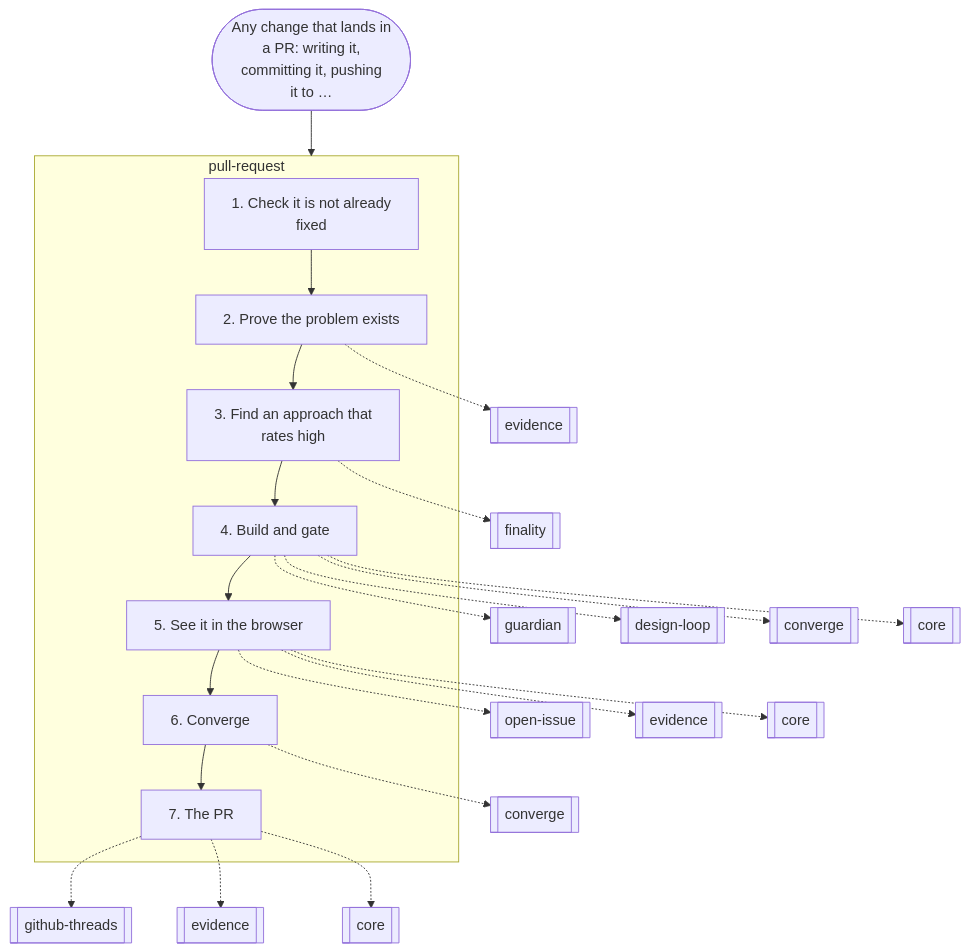
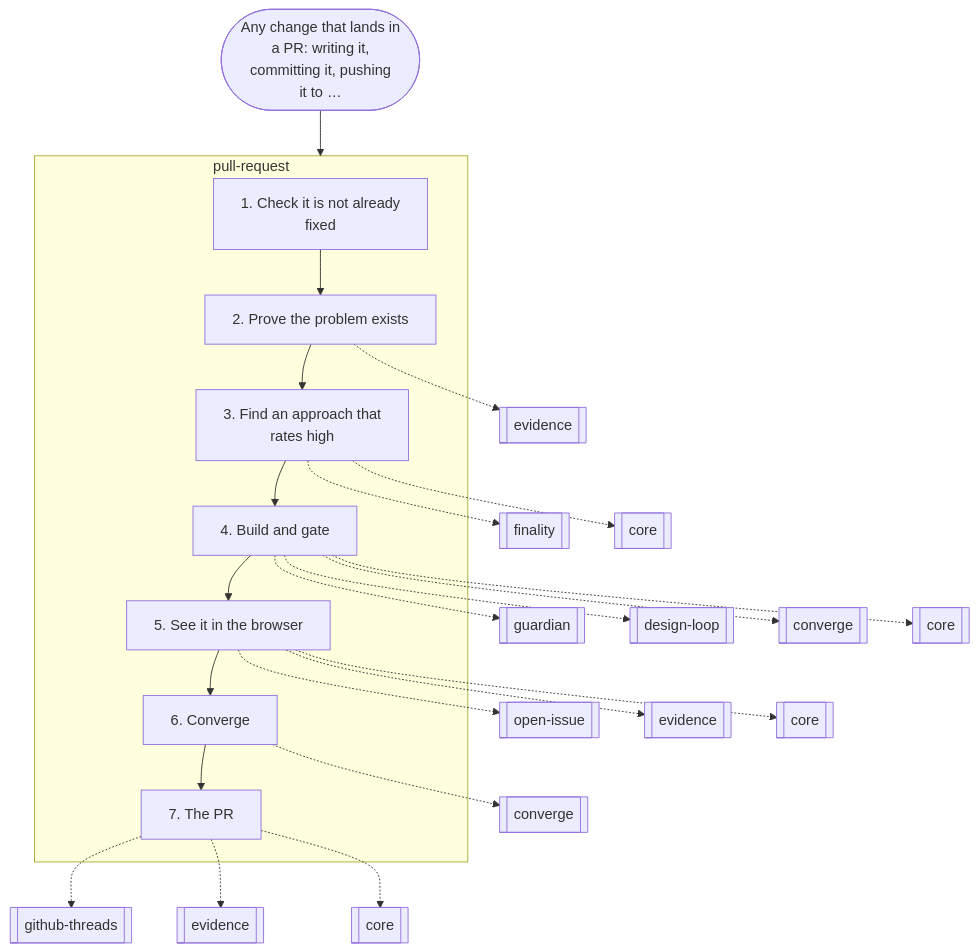
Before and after one commit to nitedani/mergeworthy: the sixth of 16 diagrams in docs/graphs.md, drawn with Mermaid. The commit also changed other lines of this file and 3 other files, not shown here.

````diff
--- a/docs/graphs.md
+++ b/docs/graphs.md
@@ -176,33 +176,34 @@
 ```mermaid
 flowchart TB
   start(["Any change that lands in<br/>a PR: writing it,<br/>committing it, pushing<br/>it to …"])
   subgraph g0["pull-request"]
     s0["1. Check it is not already<br/>fixed"]
     s1["2. Prove the problem exists"]
     s0 --> s1
     s2["3. Find an approach that<br/>rates high"]
     s1 --> s2
     s3["4. Build and gate"]
     s2 --> s3
     s4["5. See it in the browser"]
     s3 --> s4
     s5["6. Converge"]
     s4 --> s5
     s6["7. The PR"]
     s5 --> s6
   end
   s1 -.-> r1[["evidence"]]
   s2 -.-> r2[["finality"]]
-  s3 -.-> r3[["guardian"]]
-  s3 -.-> r4[["design-loop"]]
-  s3 -.-> r5[["converge"]]
-  s3 -.-> r6[["core"]]
-  s4 -.-> r7[["open-issue"]]
-  s4 -.-> r8[["evidence"]]
-  s4 -.-> r9[["core"]]
-  s5 -.-> r10[["converge"]]
-  s6 -.-> r11[["github-threads"]]
-  s6 -.-> r12[["evidence"]]
-  s6 -.-> r13[["core"]]
+  s2 -.-> r3[["core"]]
+  s3 -.-> r4[["guardian"]]
+  s3 -.-> r5[["design-loop"]]
+  s3 -.-> r6[["converge"]]
+  s3 -.-> r7[["core"]]
+  s4 -.-> r8[["open-issue"]]
+  s4 -.-> r9[["evidence"]]
+  s4 -.-> r10[["core"]]
+  s5 -.-> r11[["converge"]]
+  s6 -.-> r12[["github-threads"]]
+  s6 -.-> r13[["evidence"]]
+  s6 -.-> r14[["core"]]
   start --> g0
 ```
````
